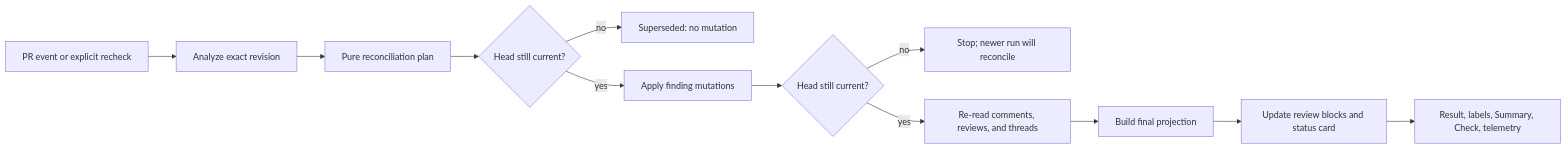
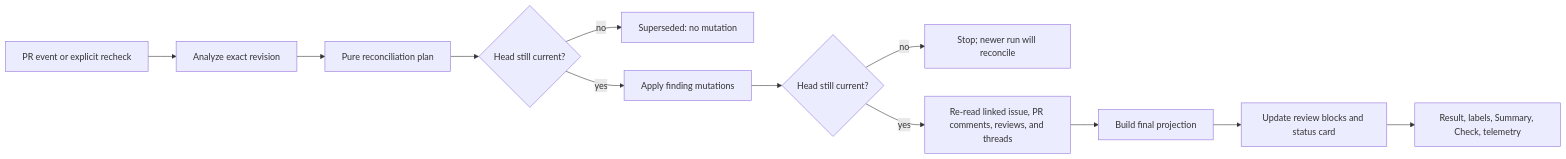
Before and after one commit to vypdev/copilot: the first of 2 diagrams in specs/bugbot-review-state-reconciliation.md, drawn with Mermaid. The commit also changed other lines of this file and 55 other files, not shown here.

````diff
--- a/specs/bugbot-review-state-reconciliation.md
+++ b/specs/bugbot-review-state-reconciliation.md
@@ -259,14 +269,14 @@
 ```mermaid
 flowchart LR
     E[PR event or explicit recheck] --> A[Analyze exact revision]
     A --> P[Pure reconciliation plan]
     P --> H1{Head still current?}
     H1 -- no --> S[Superseded: no mutation]
     H1 -- yes --> M[Apply finding mutations]
     M --> H2{Head still current?}
     H2 -- no --> R[Stop; newer run will reconcile]
-    H2 -- yes --> Q[Re-read comments, reviews, and threads]
+    H2 -- yes --> Q[Re-read linked issue, PR comments, reviews, and threads]
     Q --> F[Build final projection]
     F --> U[Update review blocks and status card]
     U --> O[Result, labels, Summary, Check, telemetry]
 ```
````
